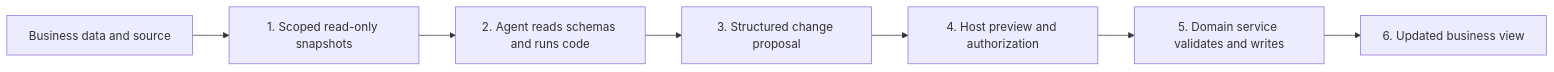
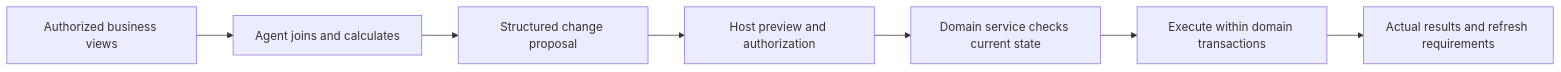
Before and after one commit to foundax/agent-business-workspace: the diagram in README.md, drawn with Mermaid. The commit also changed other lines of this file and 5 other files, not shown here.

````diff
--- a/README.md
+++ b/README.md
@@ -87,9 +170,9 @@
 ```mermaid
 flowchart LR
-    Backend[Business data and source] --> Snapshot[1. Scoped read-only snapshots]
-    Snapshot --> Agent[2. Agent reads schemas and runs code]
-    Agent --> Proposal[3. Structured change proposal]
-    Proposal --> Review[4. Host preview and authorization]
-    Review --> Service[5. Domain service validates and writes]
-    Service --> Readback[6. Updated business view]
+    Read[Authorized business views] --> Code[Agent joins and calculates]
+    Code --> Proposal[Structured change proposal]
+    Proposal --> Review[Host preview and authorization]
+    Review --> Validate[Domain service checks current state]
+    Validate --> Write[Execute within domain transactions]
+    Write --> Result[Actual results and refresh requirements]
 ```
````
